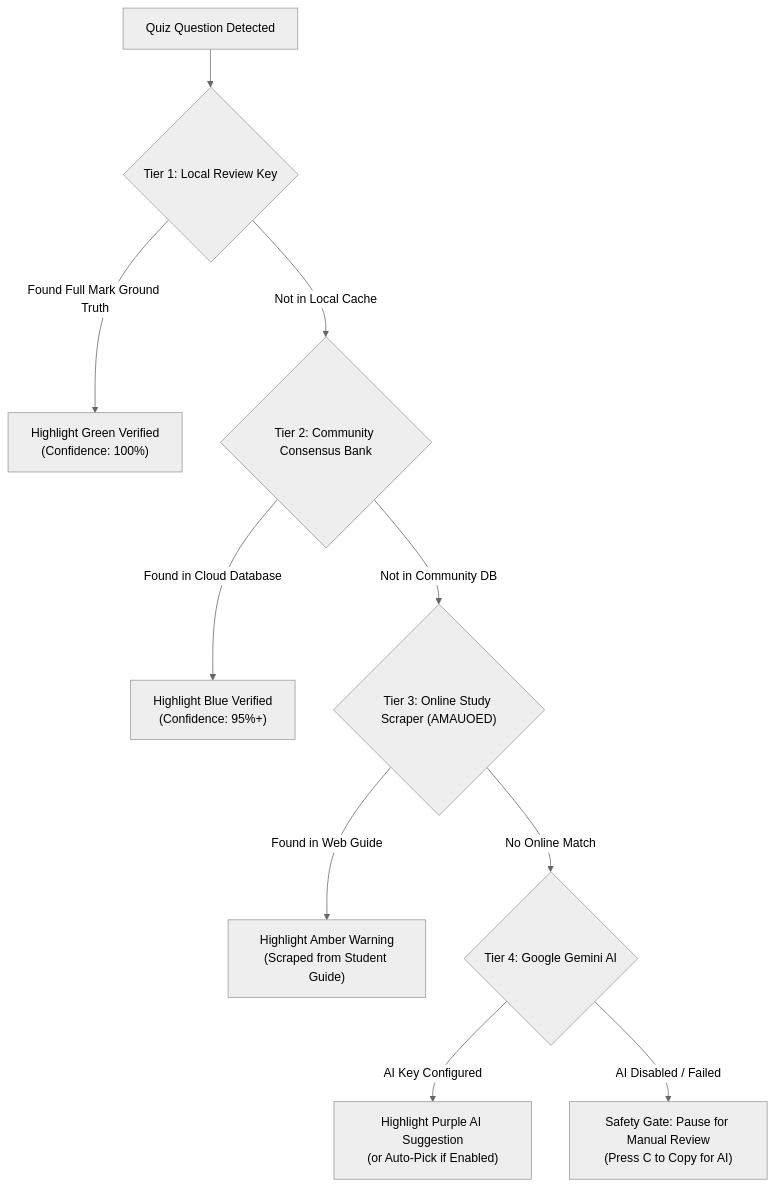
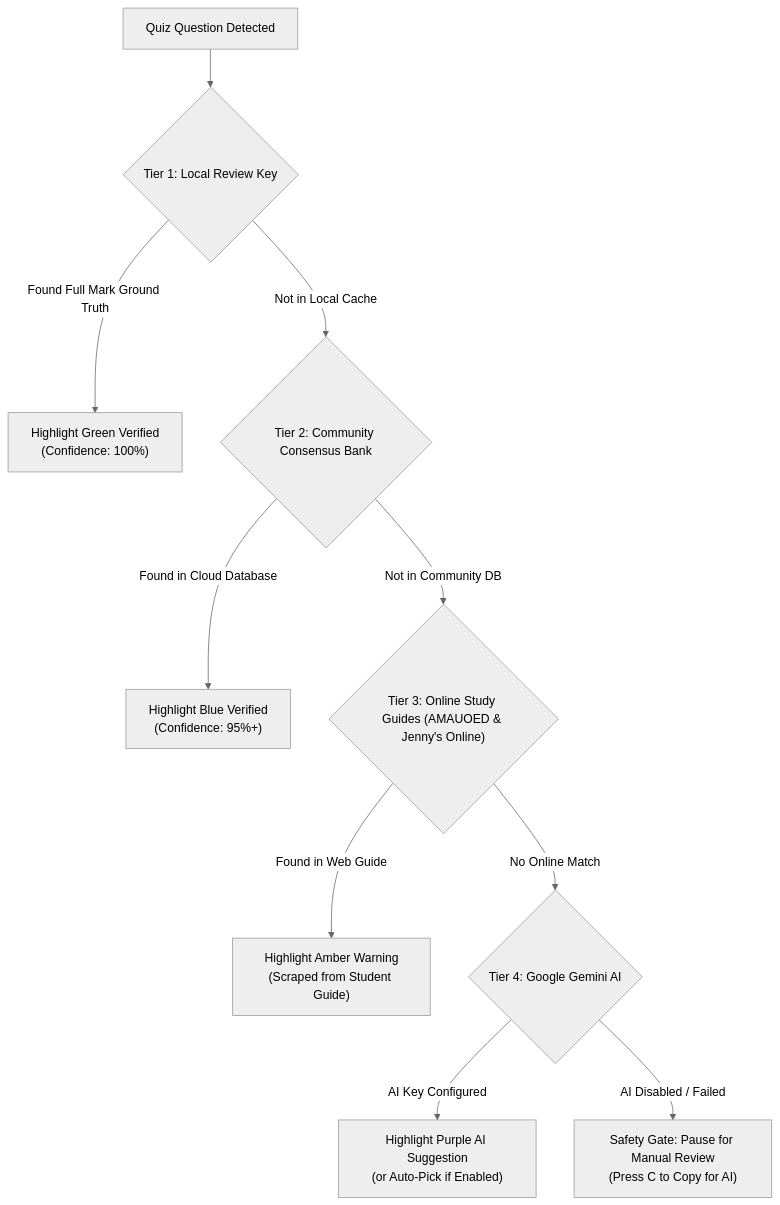
One commit to Acads-Tools/amaes-toolkit changed the diagram in README.md. Above: the diagram before and after it, drawn with Mermaid (neutral theme). The commit also changed other lines of this file and 1 other file, not shown here.

````diff
--- a/README.md
+++ b/README.md
@@ -132,12 +136,12 @@
 ```mermaid
 flowchart TD
     Q["Quiz Question Detected"] --> T1{"Tier 1: Local Review Key"}
     T1 -- Found Full Mark Ground Truth --> V1["Highlight Green Verified<br>(Confidence: 100%)"]
     T1 -- Not in Local Cache --> T2{"Tier 2: Community Consensus Bank"}
     T2 -- Found in Cloud Database --> V2["Highlight Blue Verified<br>(Confidence: 95%+)"]
-    T2 -- Not in Community DB --> T3{"Tier 3: Online Study Scraper (AMAUOED)"}
+    T2 -- Not in Community DB --> T3{"Tier 3: Online Study Guides (AMAUOED & Jenny's Online)"}
     T3 -- Found in Web Guide --> V3["Highlight Amber Warning<br>(Scraped from Student Guide)"]
     T3 -- No Online Match --> T4{"Tier 4: Google Gemini AI"}
     T4 -- AI Key Configured --> V4["Highlight Purple AI Suggestion<br>(or Auto-Pick if Enabled)"]
     T4 -- AI Disabled / Failed --> S["Safety Gate: Pause for Manual Review<br>(Press C to Copy for AI)"]
 ```
````
